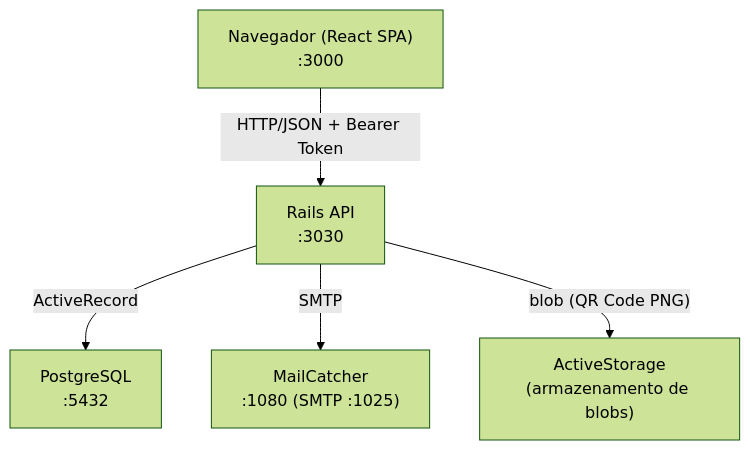
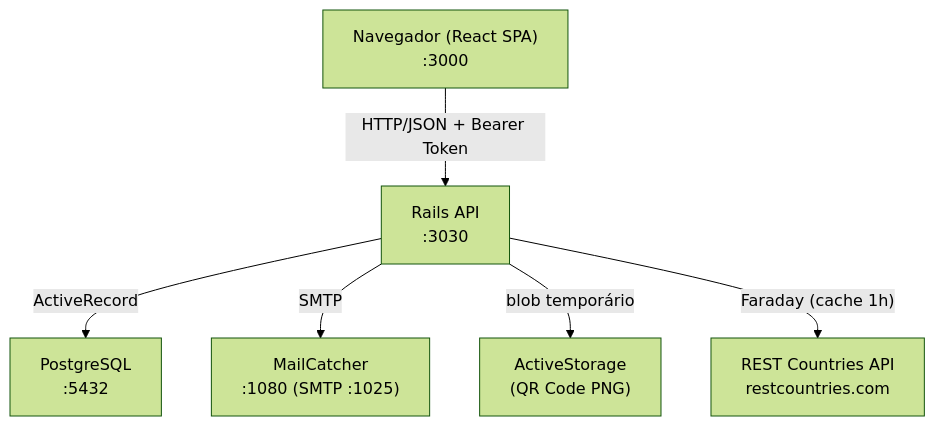
The first of 2 diagrams in ia/docs/overview.md (flaugabriel/country-explorer), drawn with Mermaid (forest theme) before and after one commit. The commit also changed other lines of this file and 41 other files, not shown here.

````diff
--- a/ia/docs/overview.md
+++ b/ia/docs/overview.md
@@ -16,13 +17,15 @@
 ```mermaid
 graph TD
     Browser["Navegador (React SPA)\n:3000"]
     API["Rails API\n:3030"]
     DB["PostgreSQL\n:5432"]
     Mail["MailCatcher\n:1080 (SMTP :1025)"]
-    Storage["ActiveStorage\n(armazenamento de blobs)"]
+    Storage["ActiveStorage\n(QR Code PNG)"]
+    ExtAPI["REST Countries API\nrestcountries.com"]
 
     Browser -- "HTTP/JSON + Bearer Token" --> API
     API -- "ActiveRecord" --> DB
     API -- "SMTP" --> Mail
-    API -- "blob (QR Code PNG)" --> Storage
+    API -- "blob temporário" --> Storage
+    API -- "Faraday (cache 1h)" --> ExtAPI
 ```
````
